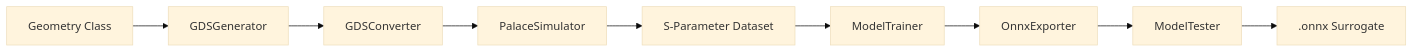
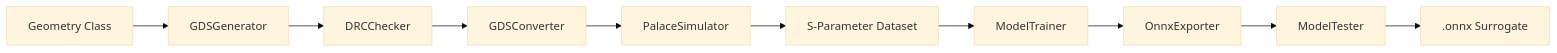
The diagram in docs/index.md (DI-PASSIONATE/ORCA), drawn with Mermaid (base theme) before and after one commit. The commit also changed other lines of this file and 6 other files, not shown here.

````diff
--- a/docs/index.md
+++ b/docs/index.md
@@ -67,11 +67,12 @@
 ```mermaid
 flowchart LR
 		A[Geometry Class] --> B[GDSGenerator]
-		B --> C[GDSConverter]
+		B --> X[DRCChecker]
+		X --> C[GDSConverter]
 		C --> D[PalaceSimulator]
 		D --> E[S-Parameter Dataset]
 		E --> F[ModelTrainer]
 		F --> G[OnnxExporter]
 		G --> H[ModelTester]
 		H --> I[.onnx Surrogate]
 ```
````
